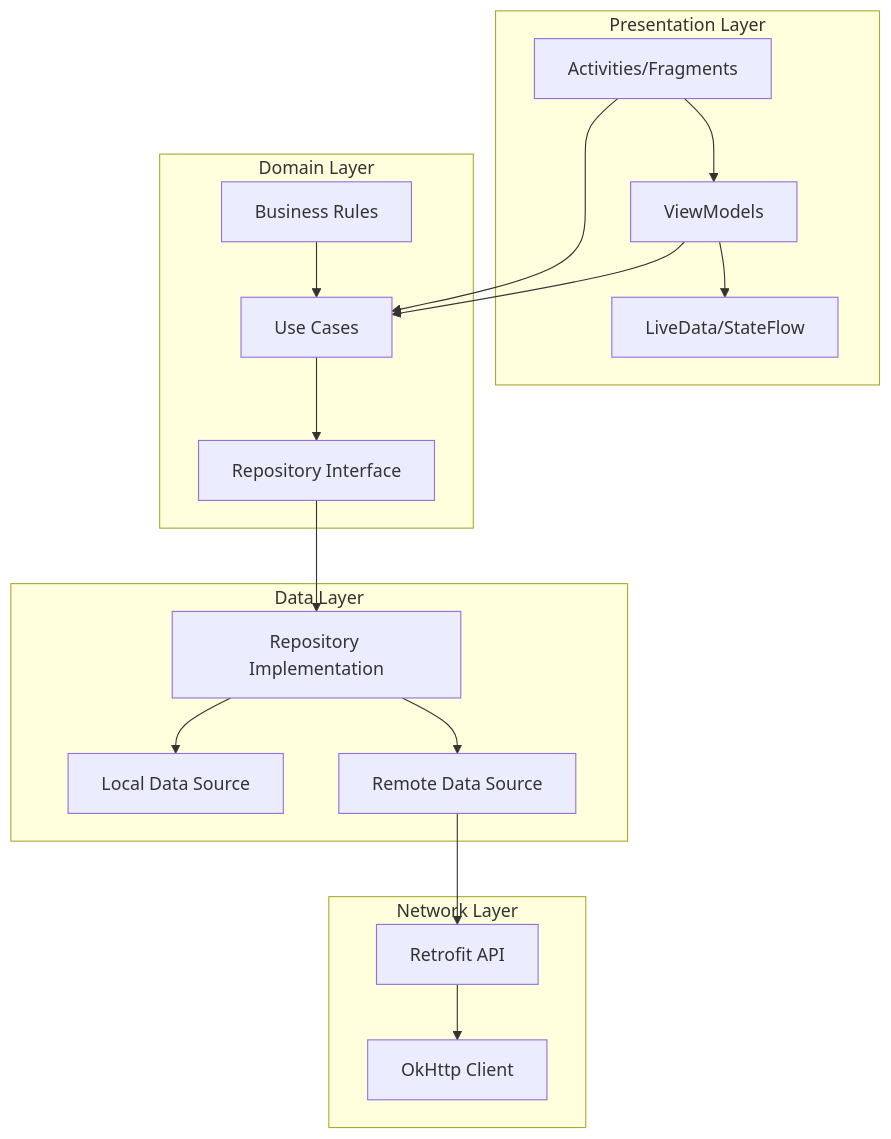
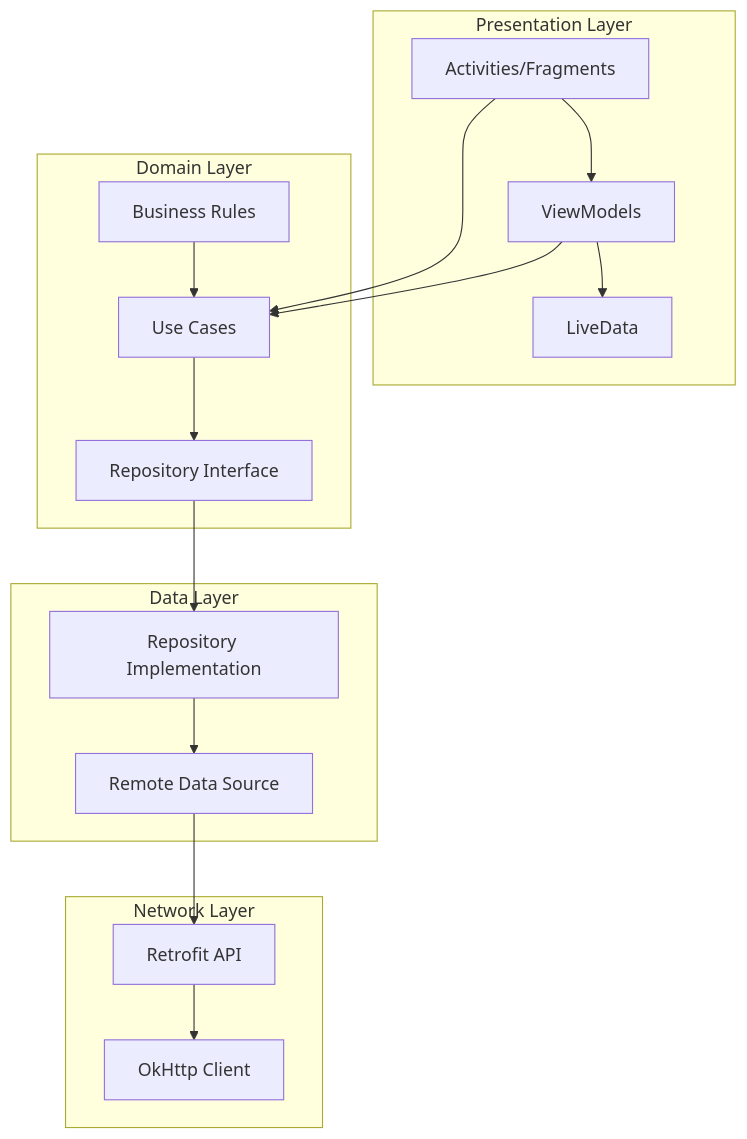
One commit to sagarpaliwal111/SagarPaliwal_Task changed the diagram in README.md. Above: the diagram before and after it, drawn with Mermaid. The commit also changed other lines of this file and 2 other files, not shown here.

````diff
--- a/README.md
+++ b/README.md
@@ -45,26 +45,25 @@
 ```mermaid
 graph TB
     subgraph "Presentation Layer"
         A[Activities/Fragments] --> B[ViewModels]
-        B --> C[LiveData/StateFlow]
+        B --> C[LiveData]
     end
     
     subgraph "Domain Layer"
         D[Use Cases] --> E[Repository Interface]
         F[Business Rules] --> D
     end
     
     subgraph "Data Layer"
         E --> G[Repository Implementation]
-        G --> H[Local Data Source]
         G --> I[Remote Data Source]
     end
     
     subgraph "Network Layer"
         I --> J[Retrofit API]
         J --> K[OkHttp Client]
     end
     
     A --> D
     B --> D
 ```
````
